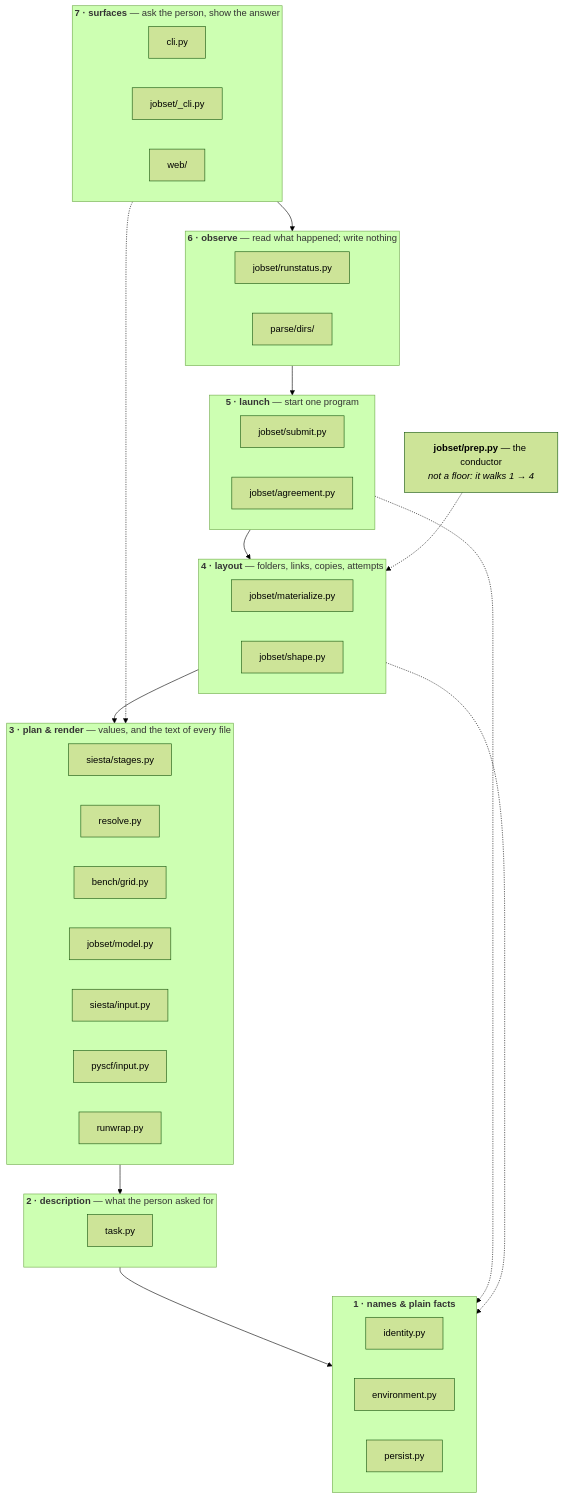
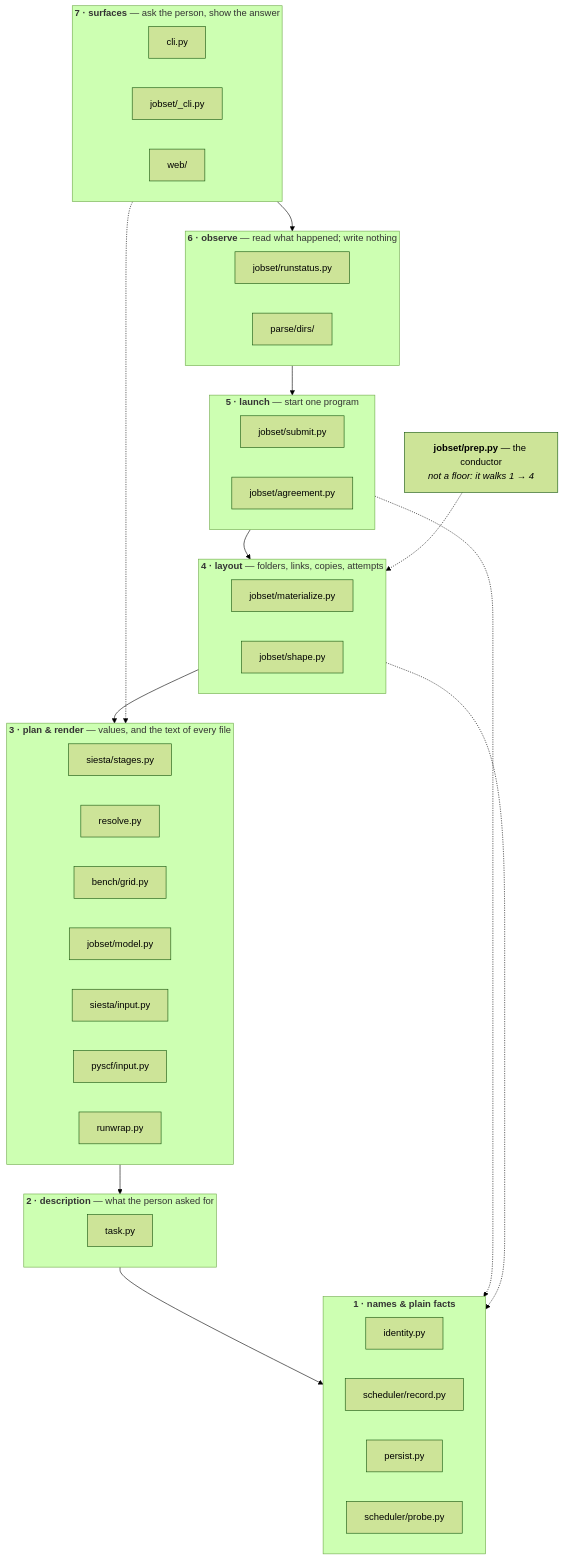
One commit to Qing-LAB/molbuilder changed the second of 9 diagrams in docs/execution/architecture.md. Above: the diagram before and after it, drawn with Mermaid (forest theme). The commit also changed other lines of this file and 26 other files, not shown here.

First line of the commit message:
refactor(scheduler)!: phase 1 -- the record and the probe get a package

````diff
--- a/docs/execution/architecture.md
+++ b/docs/execution/architecture.md
@@ -160,38 +160,39 @@
 ```mermaid
 flowchart TB
     subgraph F7["<b>7 · surfaces</b> — ask the person, show the answer"]
       direction LR
       S1["cli.py"]; S2["jobset/_cli.py"]; S3["web/"]
     end
     subgraph F6["<b>6 · observe</b> — read what happened; write nothing"]
       direction LR
       O1["jobset/runstatus.py"]; O2["parse/dirs/"]
     end
     subgraph F5["<b>5 · launch</b> — start one program"]
       direction LR
       U3["jobset/submit.py"]; U4["jobset/agreement.py"]
     end
     subgraph F4["<b>4 · layout</b> — folders, links, copies, attempts"]
       direction LR
       Y1["jobset/materialize.py"]; Y2["jobset/shape.py"]
     end
     subgraph F3["<b>3 · plan &amp; render</b> — values, and the text of every file"]
       direction LR
       P1["siesta/stages.py"]; P2["resolve.py"]; P3["bench/grid.py"]; P4["jobset/model.py"]
       P5["siesta/input.py"]; P6["pyscf/input.py"]; P7["runwrap.py"]
     end
     subgraph F2["<b>2 · description</b> — what the person asked for"]
       direction LR
       D1["task.py"]
     end
     subgraph F1["<b>1 · names &amp; plain facts</b>"]
       direction LR
-      N1["identity.py"]; N2["environment.py"]; N3["persist.py"]
+      N1["identity.py"]; N2["scheduler/record.py"]; N3["persist.py"]
+      N4["scheduler/probe.py"]
     end
     F7 --> F6 --> F5 --> F4 --> F3 --> F2 --> F1
     F5 -.-> F1
     F4 -.-> F1
     F7 -.-> F3
     PREP["<b>jobset/prep.py</b> — the conductor<br/><i>not a floor: it walks 1 → 4</i>"]
     PREP -.-> F4
 ```
````
